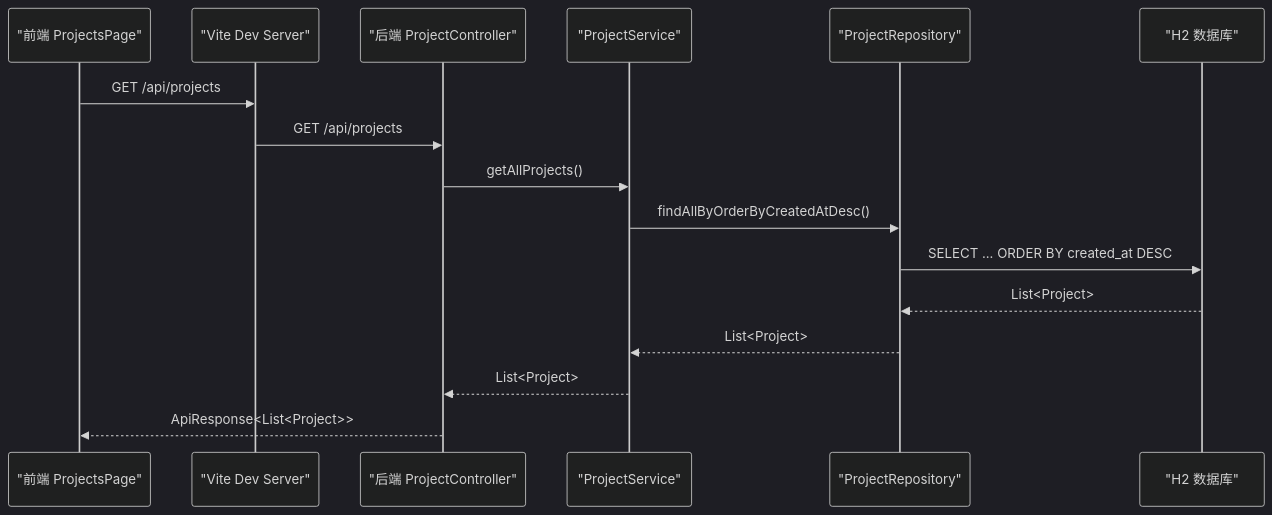
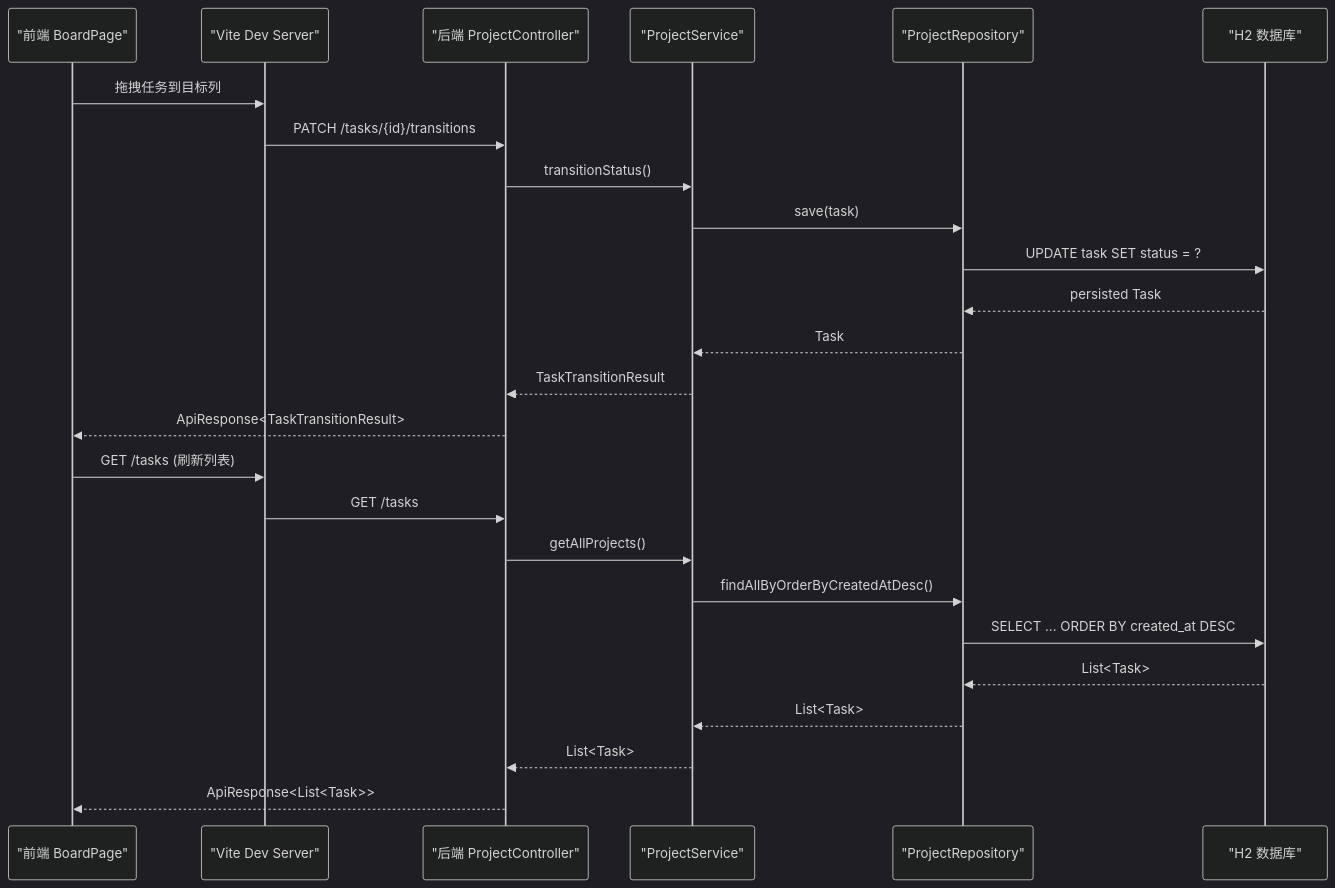
One commit to zhou9832/test1-qoder changed the second of 12 diagrams in .qoder/repowiki/zh/content/项目概述/质量保证框架.md. Above: the diagram before and after it, drawn with Mermaid (dark theme). The commit also changed other lines of this file and 51 other files, not shown here.

````diff
--- a/.qoder/repowiki/zh/content/项目概述/质量保证框架.md
+++ b/.qoder/repowiki/zh/content/项目概述/质量保证框架.md
@@ -110,18 +142,27 @@
 ```mermaid
 sequenceDiagram
-participant FE as "前端 ProjectsPage"
+participant FE as "前端 BoardPage"
 participant Vite as "Vite Dev Server"
 participant BE as "后端 ProjectController"
 participant SVC as "ProjectService"
 participant REP as "ProjectRepository"
 participant DB as "H2 数据库"
-FE->>Vite : GET /api/projects
-Vite->>BE : GET /api/projects
+FE->>Vite : 拖拽任务到目标列
+Vite->>BE : PATCH /tasks/{id}/transitions
+BE->>SVC : transitionStatus()
+SVC->>REP : save(task)
+REP->>DB : UPDATE task SET status = ?
+DB-->>REP : persisted Task
+REP-->>SVC : Task
+SVC-->>BE : TaskTransitionResult
+BE-->>FE : ApiResponse<TaskTransitionResult>
+FE->>Vite : GET /tasks (刷新列表)
+Vite->>BE : GET /tasks
 BE->>SVC : getAllProjects()
 SVC->>REP : findAllByOrderByCreatedAtDesc()
 REP->>DB : SELECT ... ORDER BY created_at DESC
-DB-->>REP : List<Project>
-REP-->>SVC : List<Project>
-SVC-->>BE : List<Project>
-BE-->>FE : ApiResponse<List<Project>>
+DB-->>REP : List<Task>
+REP-->>SVC : List<Task>
+SVC-->>BE : List<Task>
+BE-->>FE : ApiResponse<List<Task>>
 ```
````
